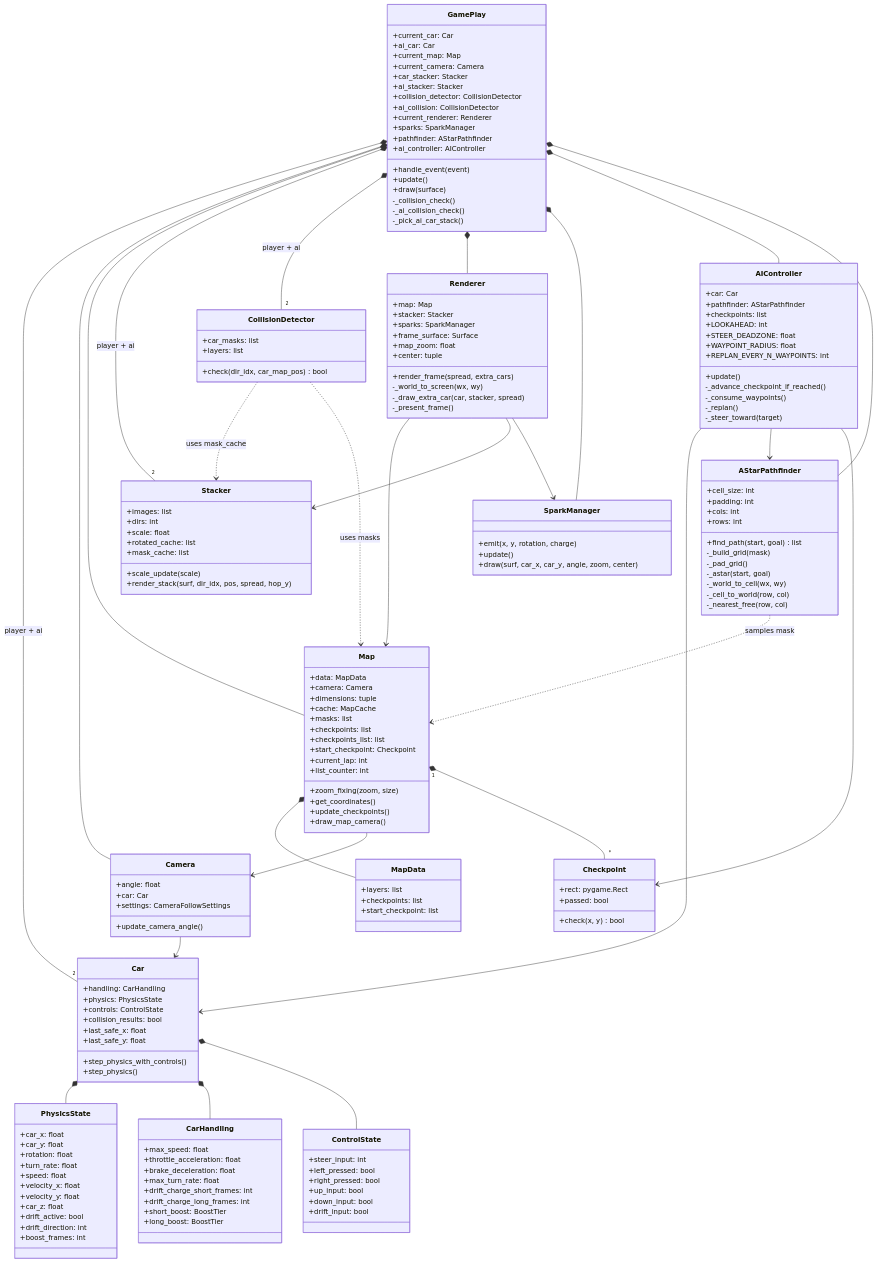
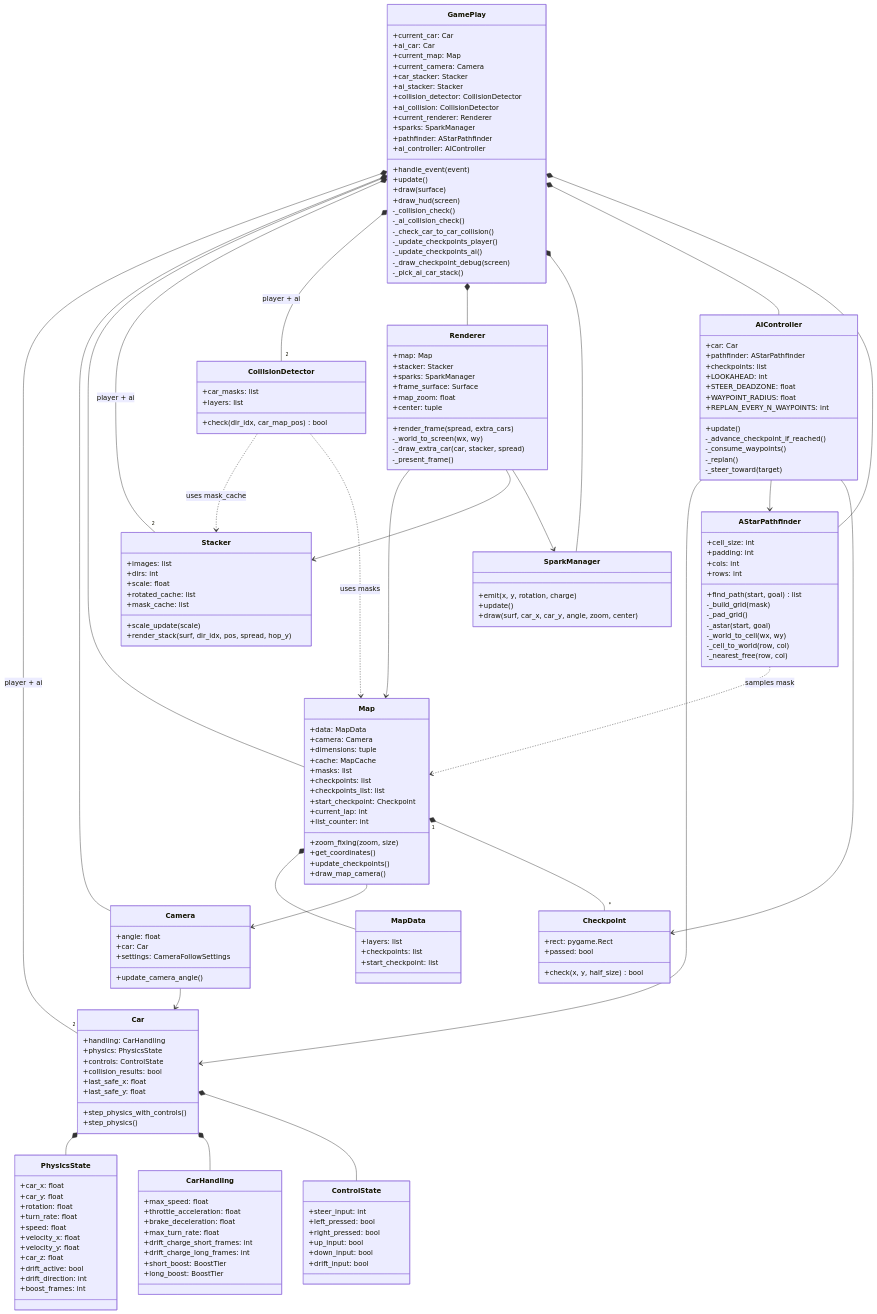
The diagram in README.md (Group-Project-200/Kar-kart), drawn with Mermaid before and after one commit. The commit also changed other lines of this file and 6 other files, not shown here.

```diff
--- a/README.md
+++ b/README.md
@@ -177,8 +209,13 @@
         +handle_event(event)
         +update()
         +draw(surface)
+        +draw_hud(screen)
         -_collision_check()
         -_ai_collision_check()
+        -_check_car_to_car_collision()
+        -_update_checkpoints_player()
+        -_update_checkpoints_ai()
+        -_draw_checkpoint_debug(screen)
         -_pick_ai_car_stack()
     }
 
@@ -260,7 +297,7 @@
     class Checkpoint {
         +rect: pygame.Rect
         +passed: bool
-        +check(x, y) bool
+        +check(x, y, half_size) bool
     }
 
     class Stacker {
```
